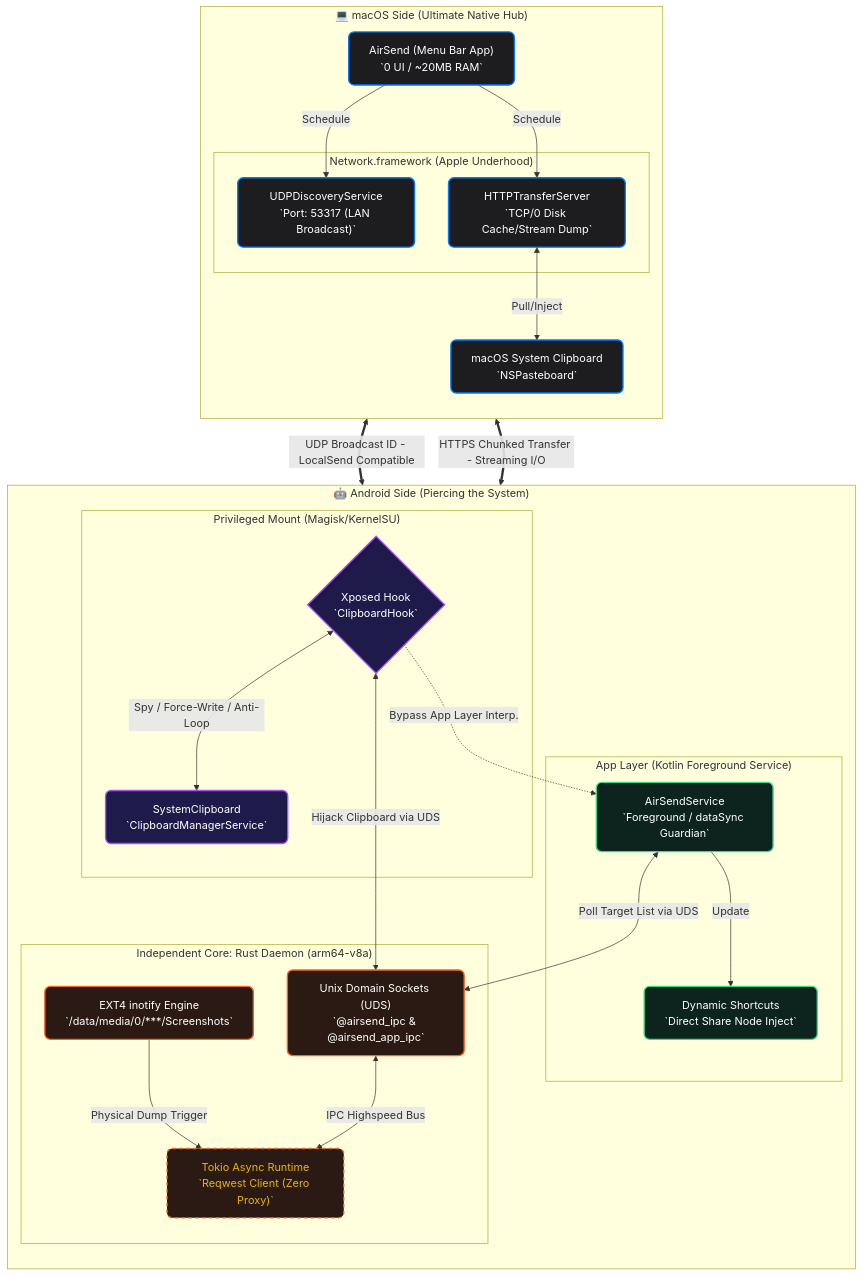
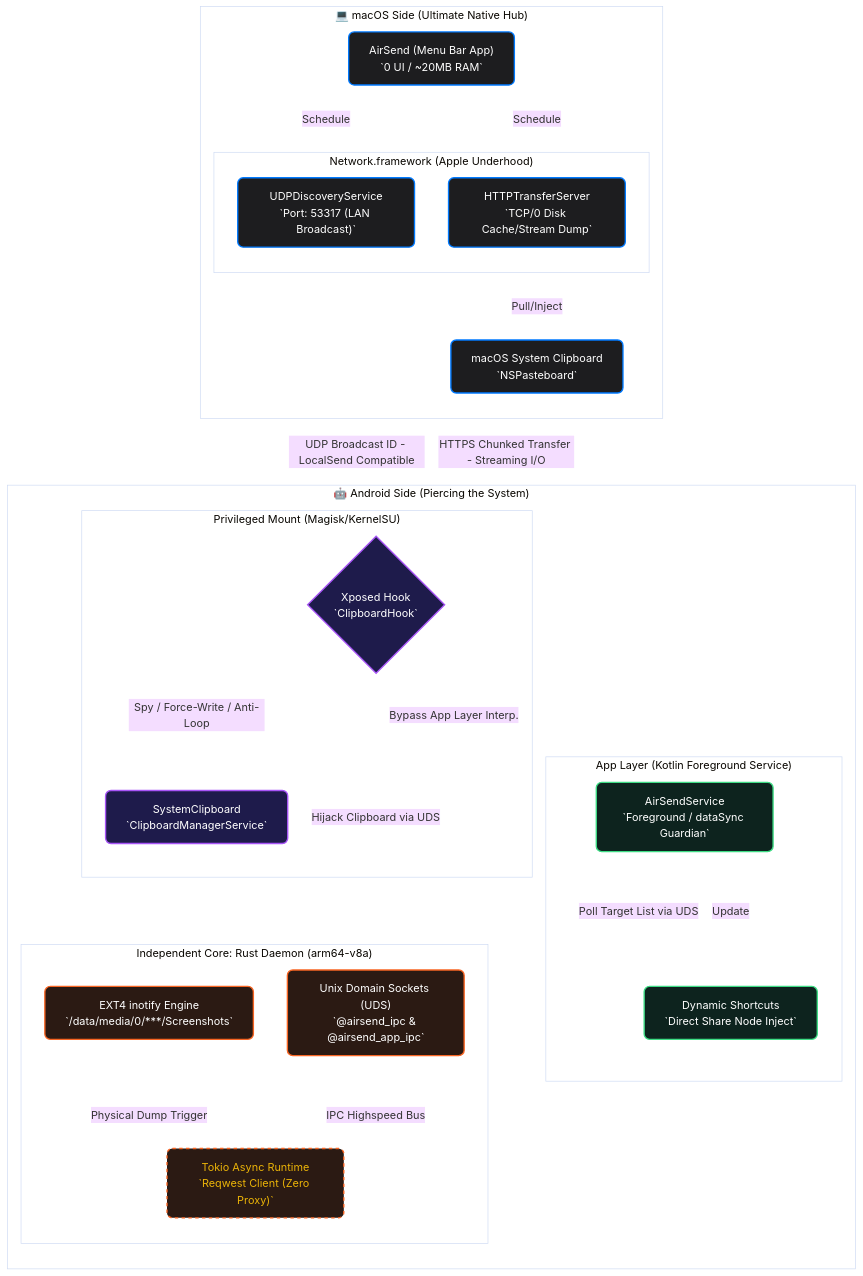
Before and after one commit to Avi7ii/AirSend: the diagram in README_en.md, drawn with Mermaid. The commit also changed 1 other file, not shown here.

Commit message:
feat: set transparent background for Mermaid architecture diagram

````diff
--- a/README_en.md
+++ b/README_en.md
@@ -59,74 +59,75 @@
 ```mermaid
+%%{init: {'theme': 'base', 'themeVariables': {'background': 'transparent', 'clusterBkg': 'transparent'}}}%%
 flowchart TB
     %% ==========================================
     %% Global Style Def (Geek Dark Theme)
     %% ==========================================
     classDef mac_node fill:#1d1d1f,stroke:#007aff,stroke-width:2px,color:#fff,rx:8px,ry:8px
     classDef android_node fill:#0d231e,stroke:#3ddc84,stroke-width:2px,color:#fff,rx:8px,ry:8px
     classDef daemon_node fill:#2b1a13,stroke:#f86523,stroke-width:2px,color:#fff,rx:8px,ry:8px
     classDef magic_node fill:#1e1b4b,stroke:#a855f7,stroke-width:2px,color:#fff,rx:8px,ry:8px
     classDef protocol_line color:#eab308,stroke-width:2px,stroke-dasharray: 5 5
 
     %% ==========================================
     %% Part 1: macOS Receiver (The Elegant Core)
     %% ==========================================
     subgraph macOS_Side ["💻 macOS Side (Ultimate Native Hub)"]
         direction TB
         MainApp["AirSend (Menu Bar App)\n`0 UI / ~20MB RAM`"]:::mac_node
         
         subgraph Mac_Network ["Network.framework (Apple Underhood)"]
             UDP_Disc["UDPDiscoveryService\n`Port: 53317 (LAN Broadcast)`"]:::mac_node
             HTTP_Trans["HTTPTransferServer\n`TCP/0 Disk Cache/Stream Dump`"]:::mac_node
         end
         
         Mac_Clipboard["macOS System Clipboard\n`NSPasteboard`"]:::mac_node
 
         MainApp -->|Schedule| UDP_Disc
         MainApp -->|Schedule| HTTP_Trans
         HTTP_Trans <-->|Pull/Inject| Mac_Clipboard
     end
 
     %% ==========================================
     %% Part 2: Android Sender (The God-Mode Engine)
     %% ==========================================
     subgraph Android_Side ["🤖 Android Side (Piercing the System)"]
         direction TB
         
         %% 2.1 Kotlin App Layer
         subgraph App_Layer ["App Layer (Kotlin Foreground Service)"]
             ForegroundSvc["AirSendService\n`Foreground / dataSync Guardian`"]:::android_node
             ShortcutManager["Dynamic Shortcuts\n`Direct Share Node Inject`"]:::android_node
             ForegroundSvc -->|Update| ShortcutManager
         end
 
         %% 2.2 Xposed/LSPosed Layer
         subgraph Magisk_Modules ["Privileged Mount (Magisk/KernelSU)"]
             LSPosedHook{"Xposed Hook\n`ClipboardHook`"}:::magic_node
             SystemClip["SystemClipboard\n`ClipboardManagerService`"]:::magic_node
             LSPosedHook <-->|Spy / Force-Write / Anti-Loop| SystemClip
             LSPosedHook -.->|Bypass App Layer Interp.| ForegroundSvc
         end
 
         %% 2.3 Rust Daemon Layer
         subgraph Rust_Daemon ["Independent Core: Rust Daemon (arm64-v8a)"]
             inotify["EXT4 inotify Engine\n`/data/media/0/***/Screenshots`"]:::daemon_node
             TokioCore["Tokio Async Runtime\n`Reqwest Client (Zero Proxy)`"]:::daemon_node
             UDSServer["Unix Domain Sockets (UDS)\n`@airsend_ipc & @airsend_app_ipc`"]:::daemon_node
             
             inotify -->|Physical Dump Trigger| TokioCore
             UDSServer <-->|IPC Highspeed Bus| TokioCore
         end
 
         %% Android Internal IPC
         %% Android Internal IPC
         ForegroundSvc <-->|Poll Target List via UDS| UDSServer
         LSPosedHook <-->|Hijack Clipboard via UDS| UDSServer
     end
 
     %% ==========================================
     %% Part 3: LAN Cross-Border
     %% ==========================================
     UDP_Disc <==>|UDP Broadcast ID - LocalSend Compatible| TokioCore:::protocol_line
     HTTP_Trans <==>|HTTPS Chunked Transfer - Streaming I/O| TokioCore:::protocol_line
 
 ```
````
